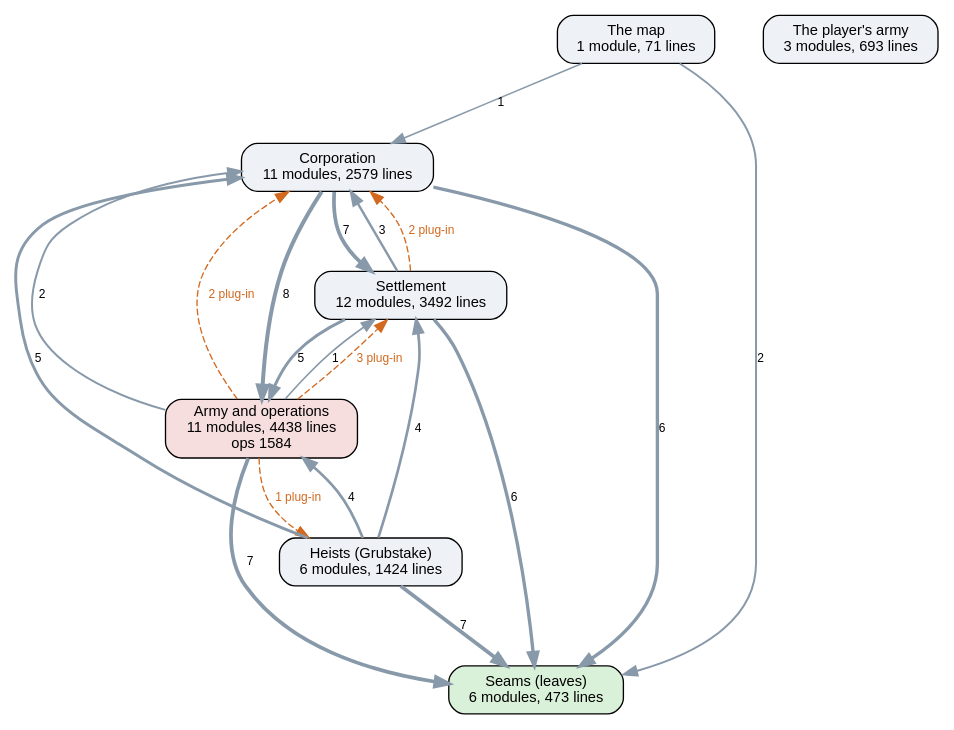
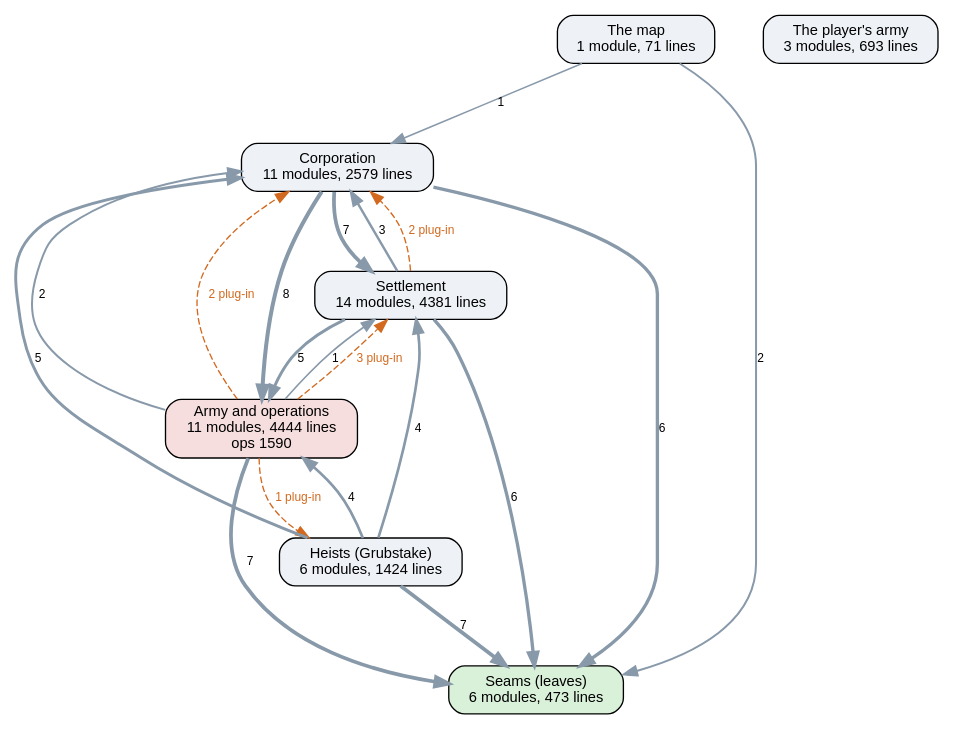
One commit to kinelhu/landing-party changed the diagram in docs/ai-layers.dot. Above: the diagram before and after it, drawn with Graphviz. The commit also changed 33 other files, not shown here.

```diff
--- a/docs/ai-layers.dot
+++ b/docs/ai-layers.dot
@@ -1,31 +1,31 @@
 digraph layers {
   graph [rankdir=TB, fontname="Helvetica", nodesep=0.5, ranksep=0.7];
   node [shape=box, style="rounded,filled", fontname="Helvetica", fontsize=11, fillcolor="#eef2f7"];
   edge [color="#8899aa", fontname="Helvetica", fontsize=9];
   "Seams (leaves)" [label="Seams (leaves)\n6 modules, 473 lines", fillcolor="#d9f0d9"];
   "Corporation" [label="Corporation\n11 modules, 2579 lines", fillcolor="#eef2f7"];
-  "Settlement" [label="Settlement\n12 modules, 3492 lines", fillcolor="#eef2f7"];
-  "Army and operations" [label="Army and operations\n11 modules, 4438 lines\nops 1584", fillcolor="#f7dede"];
+  "Settlement" [label="Settlement\n14 modules, 4381 lines", fillcolor="#eef2f7"];
+  "Army and operations" [label="Army and operations\n11 modules, 4444 lines\nops 1590", fillcolor="#f7dede"];
   "Heists (Grubstake)" [label="Heists (Grubstake)\n6 modules, 1424 lines", fillcolor="#eef2f7"];
   "The map" [label="The map\n1 module, 71 lines", fillcolor="#eef2f7"];
   "The player's army" [label="The player's army\n3 modules, 693 lines", fillcolor="#eef2f7"];
   "Army and operations" -> "Corporation" [label="2", penwidth=1.5];
   "Army and operations" -> "Seams (leaves)" [label="7", penwidth=2.8];
   "Army and operations" -> "Settlement" [label="1", penwidth=1.2];
   "Corporation" -> "Army and operations" [label="8", penwidth=3.0];
   "Corporation" -> "Seams (leaves)" [label="6", penwidth=2.5];
   "Corporation" -> "Settlement" [label="7", penwidth=2.8];
   "Heists (Grubstake)" -> "Army and operations" [label="4", penwidth=2.0];
   "Heists (Grubstake)" -> "Corporation" [label="5", penwidth=2.2];
   "Heists (Grubstake)" -> "Seams (leaves)" [label="7", penwidth=2.8];
   "Heists (Grubstake)" -> "Settlement" [label="4", penwidth=2.0];
   "Settlement" -> "Army and operations" [label="5", penwidth=2.2];
   "Settlement" -> "Corporation" [label="3", penwidth=1.8];
   "Settlement" -> "Seams (leaves)" [label="6", penwidth=2.5];
   "The map" -> "Corporation" [label="1", penwidth=1.2];
   "The map" -> "Seams (leaves)" [label="2", penwidth=1.5];
   "Army and operations" -> "Corporation" [style=dashed, color="#d2691e", fontcolor="#d2691e", label="2 plug-in"];
   "Army and operations" -> "Heists (Grubstake)" [style=dashed, color="#d2691e", fontcolor="#d2691e", label="1 plug-in"];
   "Army and operations" -> "Settlement" [style=dashed, color="#d2691e", fontcolor="#d2691e", label="3 plug-in"];
   "Settlement" -> "Corporation" [style=dashed, color="#d2691e", fontcolor="#d2691e", label="2 plug-in"];
 }
```
